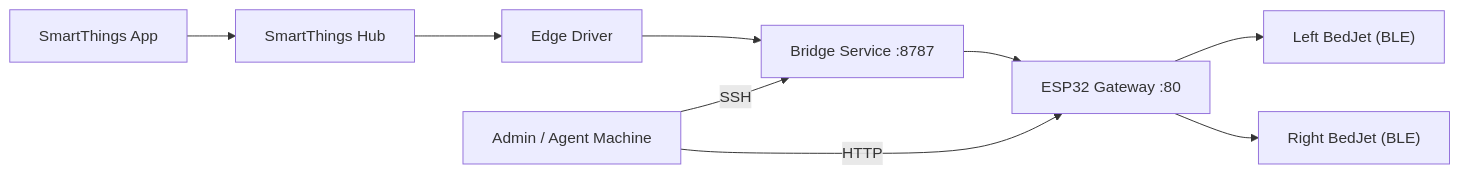
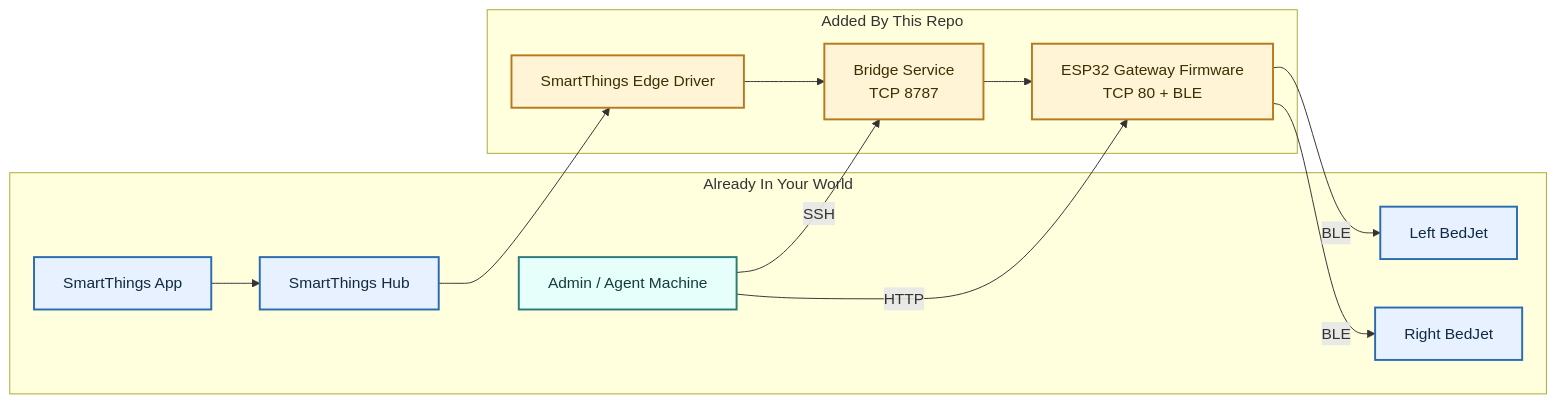
One commit to masltov-creations/bedjet-smartthings-bridge changed the diagram in README.md. Above: the diagram before and after it, drawn with Mermaid. The commit also changed other lines of this file and 12 other files, not shown here.

````diff
--- a/README.md
+++ b/README.md
@@ -13,11 +13,32 @@
 ```mermaid
 flowchart LR
-    ST["SmartThings App"] --> HUB["SmartThings Hub"]
-    HUB --> EDGE["Edge Driver"]
-    EDGE --> BRIDGE["Bridge Service :8787"]
-    BRIDGE --> GATEWAY["ESP32 Gateway :80"]
-    GATEWAY --> LEFT["Left BedJet (BLE)"]
-    GATEWAY --> RIGHT["Right BedJet (BLE)"]
-    ADMIN["Admin / Agent Machine"] -->|SSH| BRIDGE
+    subgraph EXISTING["Already In Your World"]
+        ST["SmartThings App"]
+        HUB["SmartThings Hub"]
+        LEFT["Left BedJet"]
+        RIGHT["Right BedJet"]
+        ADMIN["Admin / Agent Machine"]
+    end
+
+    subgraph ADDED["Added By This Repo"]
+        EDGE["SmartThings Edge Driver"]
+        BRIDGE["Bridge Service<br/>TCP 8787"]
+        GATEWAY["ESP32 Gateway Firmware<br/>TCP 80 + BLE"]
+    end
+
+    ST --> HUB
+    HUB --> EDGE
+    EDGE --> BRIDGE
+    BRIDGE --> GATEWAY
+    GATEWAY -->|BLE| LEFT
+    GATEWAY -->|BLE| RIGHT
+    ADMIN -->|SSH| BRIDGE
     ADMIN -->|HTTP| GATEWAY
+
+    classDef existing fill:#e8f1ff,stroke:#2b6cb0,stroke-width:2px,color:#102a43;
+    classDef added fill:#fff4d6,stroke:#b7791f,stroke-width:2px,color:#3d2f00;
+    classDef admin fill:#e6fffa,stroke:#2c7a7b,stroke-width:2px,color:#123c3d;
+    class ST,HUB,LEFT,RIGHT existing;
+    class EDGE,BRIDGE,GATEWAY added;
+    class ADMIN admin;
 ```
````
